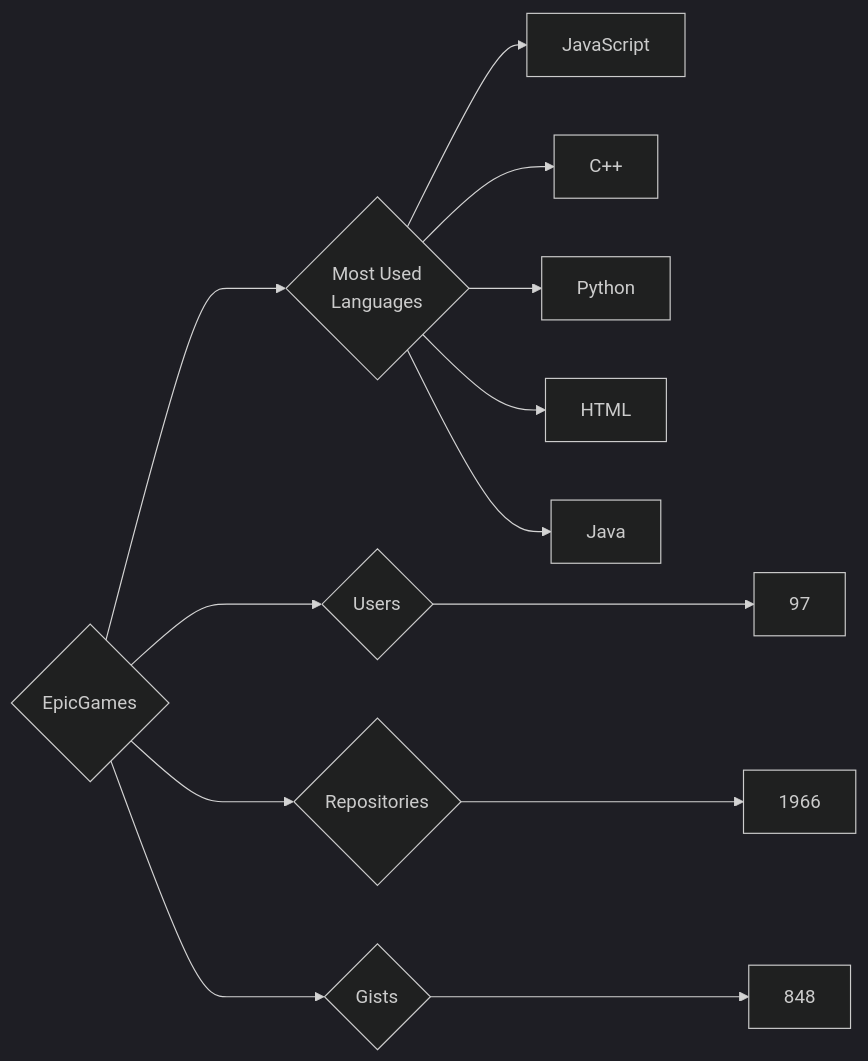
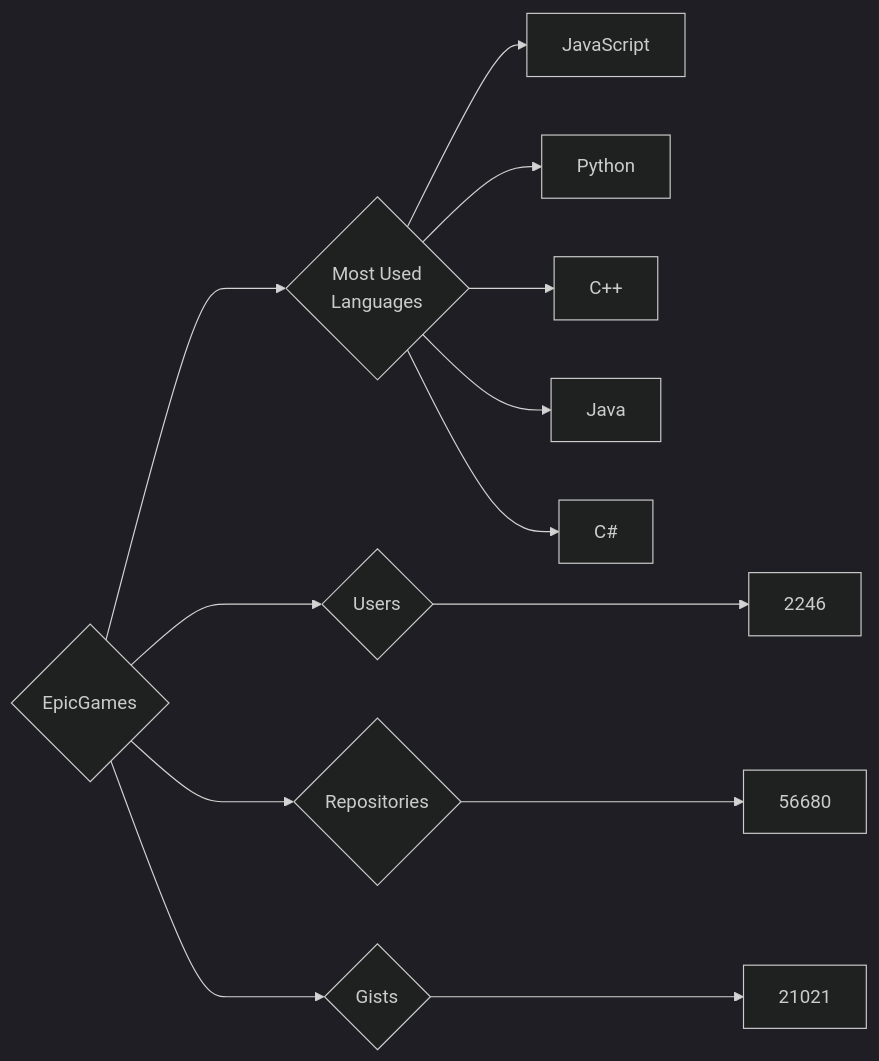
Before and after one commit to trickest/insiders: the diagram in targets/EpicGames/README.md, drawn with Mermaid (dark theme). The commit also changed 676 other files, not shown here.

````diff
--- a/targets/EpicGames/README.md
+++ b/targets/EpicGames/README.md
@@ -3,13 +3,13 @@
 ```mermaid
 graph LR
 COMPANY_NAME{EpicGames}
-COMPANY_NAME ---> U{Users} ---> UN[97]
-COMPANY_NAME ---> R{Repositories} ---> RN[1966]
-COMPANY_NAME ---> G{Gists} ---> GN[848]
+COMPANY_NAME ---> U{Users} ---> UN[2246]
+COMPANY_NAME ---> R{Repositories} ---> RN[56680]
+COMPANY_NAME ---> G{Gists} ---> GN[21021]
 COMPANY_NAME ---> ML{Most Used<br>Languages}
 ML --> JavaScript[JavaScript]
+ML --> Python[Python]
 ML --> C++[C++]
-ML --> Python[Python]
-ML --> HTML[HTML]
 ML --> Java[Java]
+ML --> C#[C#]
 ```
````
